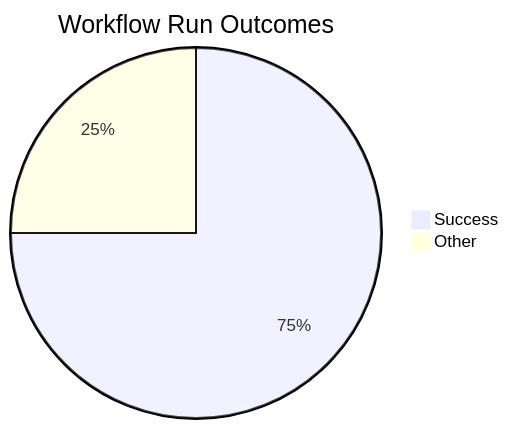
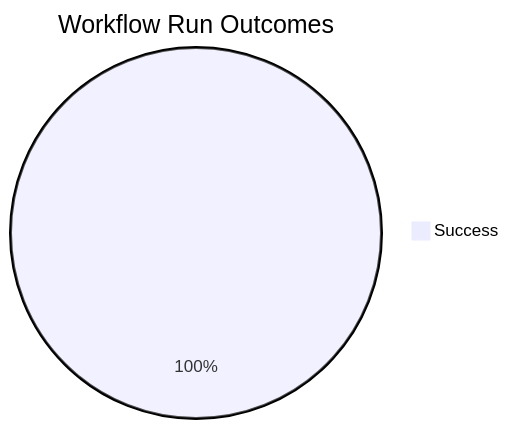
The first of 4 diagrams in docs/ci-cd/dora-summary.md (ukma-cs-ssdm-2025/rate-ukma), drawn with Mermaid before and after one commit. The commit also changed other lines of this file, not shown here.

````diff
--- a/docs/ci-cd/dora-summary.md
+++ b/docs/ci-cd/dora-summary.md
@@ -22,5 +22,4 @@
 ```mermaid
 pie title Workflow Run Outcomes
-    "Success" : 3
-    "Other" : 1
+    "Success" : 1
 ```
````
